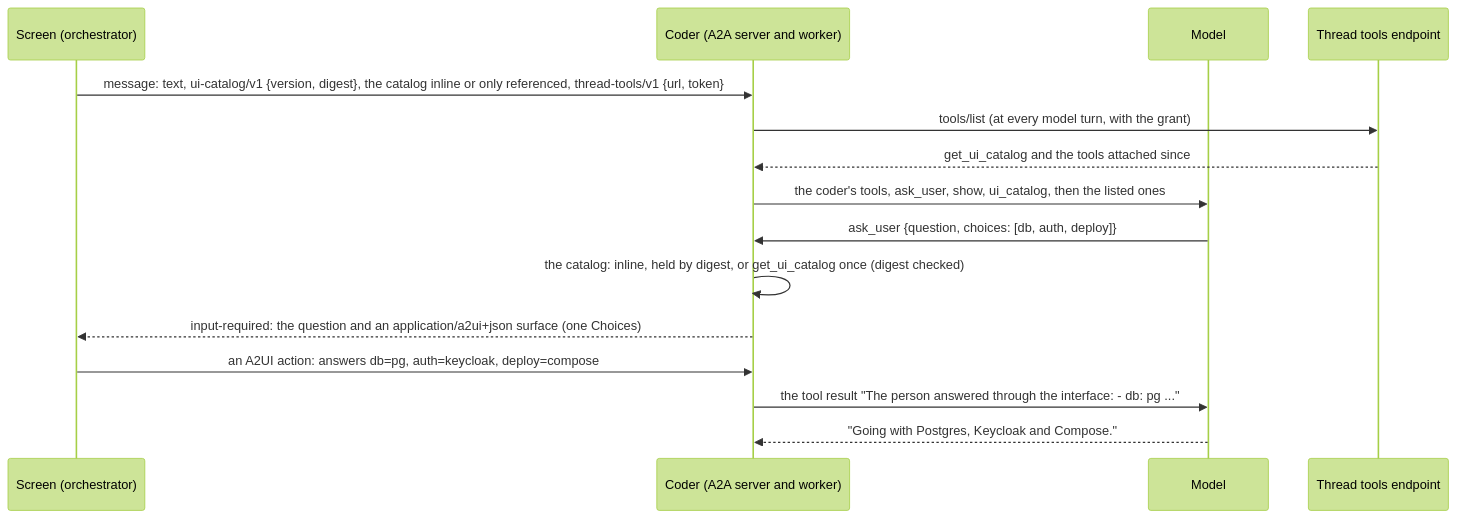
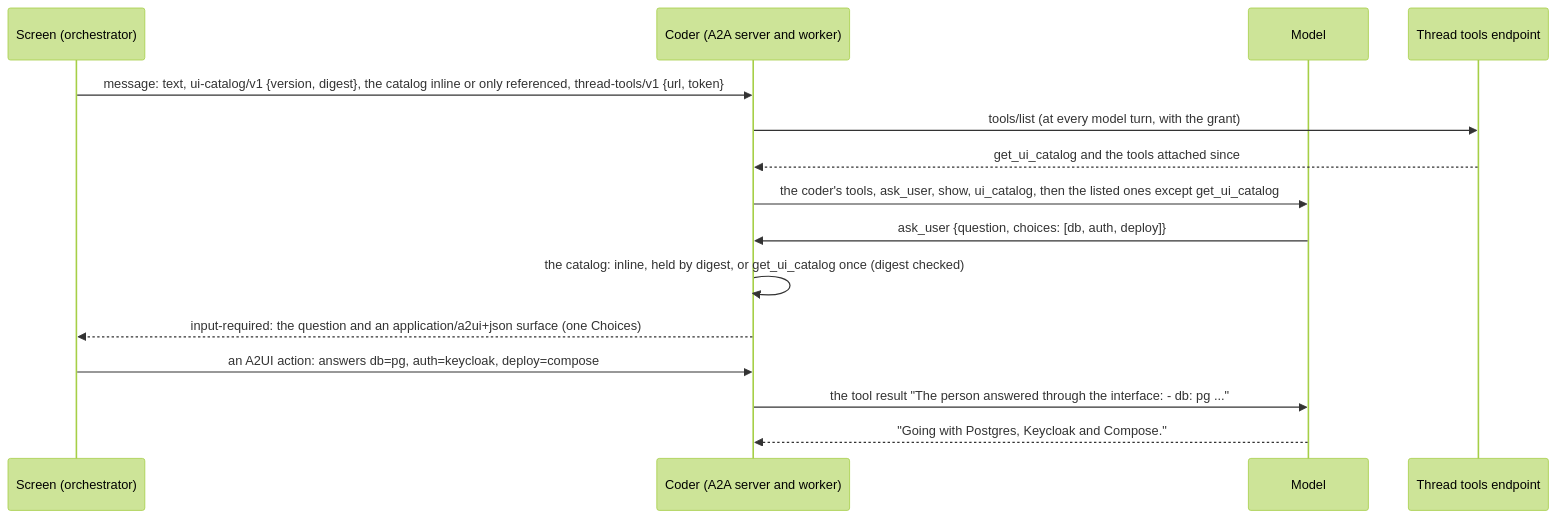
Before and after one commit to vymalo/another-adam-rs: the second of 27 diagrams in bin/adam-coder/README.md, drawn with Mermaid (forest theme). The commit also changed other lines of this file and 52 other files, not shown here.

````diff
--- a/bin/adam-coder/README.md
+++ b/bin/adam-coder/README.md
@@ -124,17 +133,17 @@
 ```mermaid
 sequenceDiagram
   participant S as Screen (orchestrator)
   participant C as Coder (A2A server and worker)
   participant M as Model
   participant E as Thread tools endpoint
   S->>C: message: text, ui-catalog/v1 {version, digest}, the catalog inline or only referenced, thread-tools/v1 {url, token}
   C->>E: tools/list (at every model turn, with the grant)
   E-->>C: get_ui_catalog and the tools attached since
-  C->>M: the coder's tools, ask_user, show, ui_catalog, then the listed ones
+  C->>M: the coder's tools, ask_user, show, ui_catalog, then the listed ones except get_ui_catalog
   M->>C: ask_user {question, choices: [db, auth, deploy]}
   C->>C: the catalog: inline, held by digest, or get_ui_catalog once (digest checked)
   C-->>S: input-required: the question and an application/a2ui+json surface (one Choices)
   S->>C: an A2UI action: answers db=pg, auth=keycloak, deploy=compose
   C->>M: the tool result "The person answered through the interface: - db: pg ..."
   M-->>C: "Going with Postgres, Keycloak and Compose."
 ```
````
